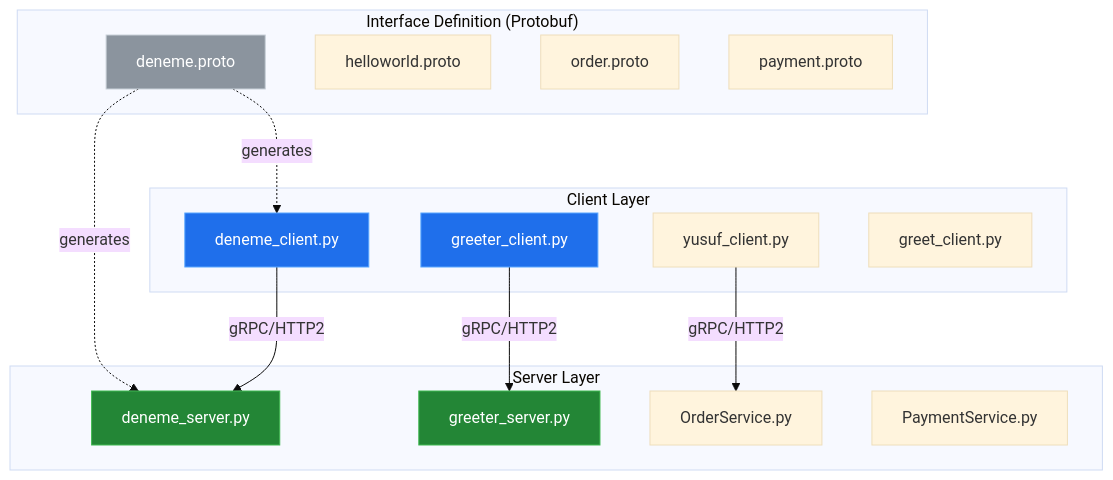
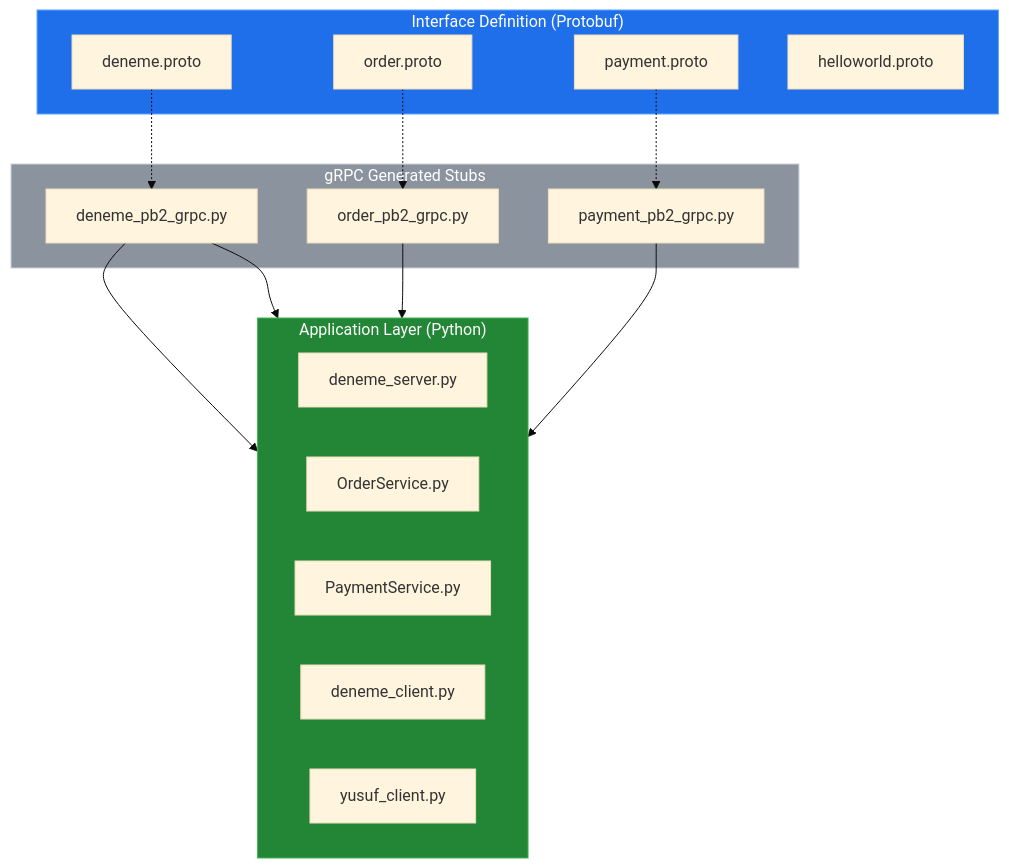
The first of 2 diagrams in README_ARCH.md (YusuffBulbul/GRPC_calisma), drawn with Mermaid (base theme) before and after one commit. The commit also changed other lines of this file, not shown here.

Commit message:
docs: update system blueprint (2026-09-07)

````diff
--- a/README_ARCH.md
+++ b/README_ARCH.md
@@ -19,35 +22,37 @@
 ```mermaid
 flowchart TD
-    subgraph ClientLayer ["Client Layer"]
-        C1["deneme_client.py"]
-        C2["greeter_client.py"]
-        C3["yusuf_client.py"]
-        C4["greet_client.py"]
+    subgraph Protobuf_Layer["Interface Definition (Protobuf)"]
+        P1["deneme.proto"]
+        P2["order.proto"]
+        P3["payment.proto"]
+        P4["helloworld.proto"]
     end
 
-    subgraph InterfaceLayer ["Interface Definition (Protobuf)"]
-        P1["deneme.proto"]
-        P2["helloworld.proto"]
-        P3["order.proto"]
-        P4["payment.proto"]
+    subgraph Generated_Code["gRPC Generated Stubs"]
+        G1["deneme_pb2_grpc.py"]
+        G2["order_pb2_grpc.py"]
+        G3["payment_pb2_grpc.py"]
     end
 
-    subgraph ServerLayer ["Server Layer"]
+    subgraph Service_Logic["Application Layer (Python)"]
+        direction LR
         S1["deneme_server.py"]
-        S2["greeter_server.py"]
-        S3["OrderService.py"]
-        S4["PaymentService.py"]
+        S2["OrderService.py"]
+        S3["PaymentService.py"]
+        C1["deneme_client.py"]
+        C2["yusuf_client.py"]
     end
 
-    C1 -->|"gRPC/HTTP2"| S1
-    C2 -->|"gRPC/HTTP2"| S2
-    P1 -.->|"generates"| C1
-    P1 -.->|"generates"| S1
-    C3 -->|"gRPC/HTTP2"| S3
-    style C1 fill:#1f6feb,stroke:#58a6ff,color:#fff
-    style C2 fill:#1f6feb,stroke:#58a6ff,color:#fff
-    style S1 fill:#238636,stroke:#3fb950,color:#fff
-    style S2 fill:#238636,stroke:#3fb950,color:#fff
-    style P1 fill:#8b949e,stroke:#c9d1d9,color:#fff
+    P1 -.-> G1
+    P2 -.-> G2
+    P3 -.-> G3
+    G1 --> S1
+    G1 --> C1
+    G2 --> S2
+    G3 --> S3
+
+    style Protobuf_Layer fill:#1f6feb,stroke:#58a6ff,color:#fff
+    style Service_Logic fill:#238636,stroke:#3fb950,color:#fff
+    style Generated_Code fill:#8b949e,stroke:#c9d1d9,color:#fff
 
 ```
````
